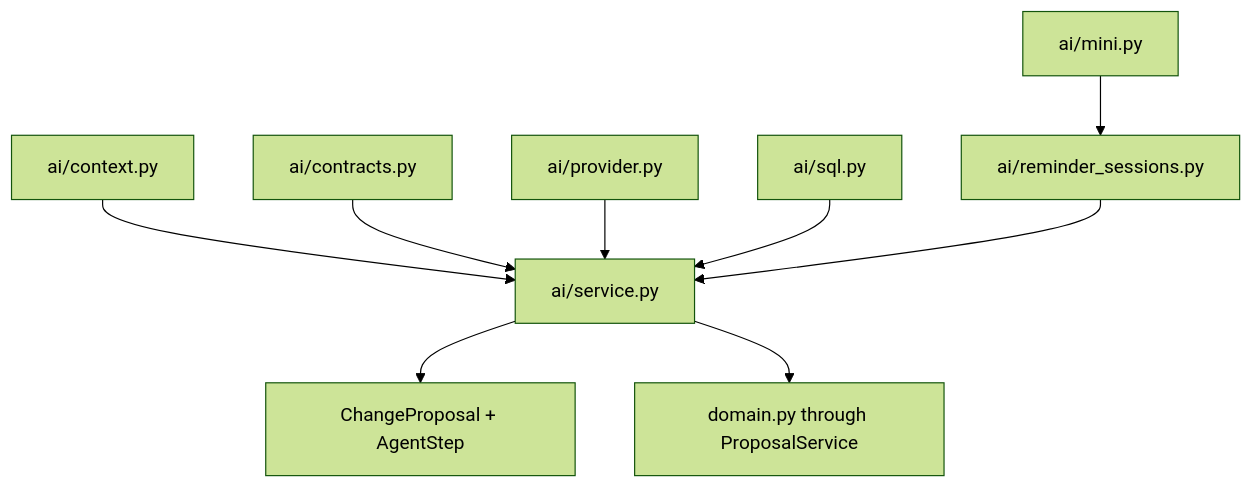
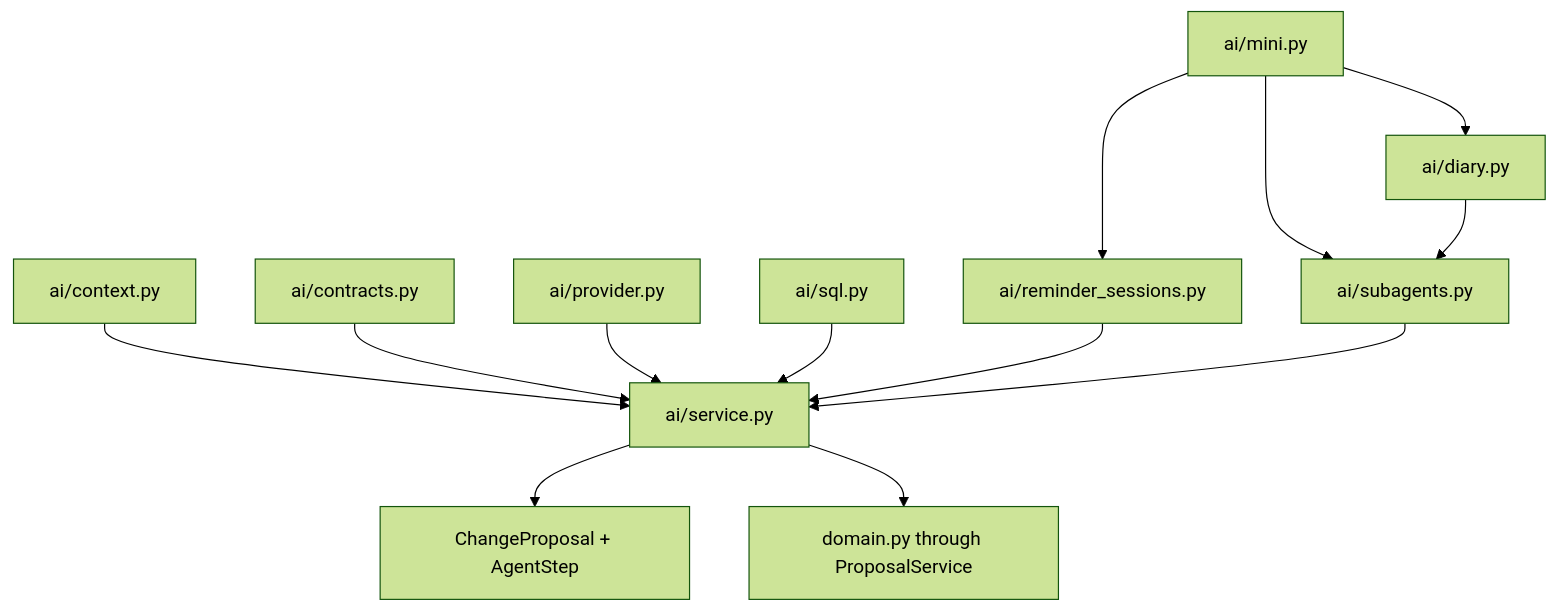
Before and after one commit to myvaheed/tg-ai-safwa: the fourth of 12 diagrams in docs/STRUCTURE_GRAPH.md, drawn with Mermaid (forest theme). The commit also changed other lines of this file and 21 other files, not shown here.

````diff
--- a/docs/STRUCTURE_GRAPH.md
+++ b/docs/STRUCTURE_GRAPH.md
@@ -146,11 +146,15 @@
 ```mermaid
 flowchart TD
     CTX["ai/context.py"] --> SERVICE["ai/service.py"]
     CONTRACTS["ai/contracts.py"] --> SERVICE
     PROVIDER["ai/provider.py"] --> SERVICE
     SQL["ai/sql.py"] --> SERVICE
     MINI["ai/mini.py"] --> RS["ai/reminder_sessions.py"]
+    MINI --> DIARY["ai/diary.py"]
+    MINI --> SUB["ai/subagents.py"]
+    DIARY --> SUB
     RS --> SERVICE
+    SUB --> SERVICE
     SERVICE --> PROPOSALS["ChangeProposal + AgentStep"]
     SERVICE --> DOMAIN["domain.py through ProposalService"]
 ```
````
